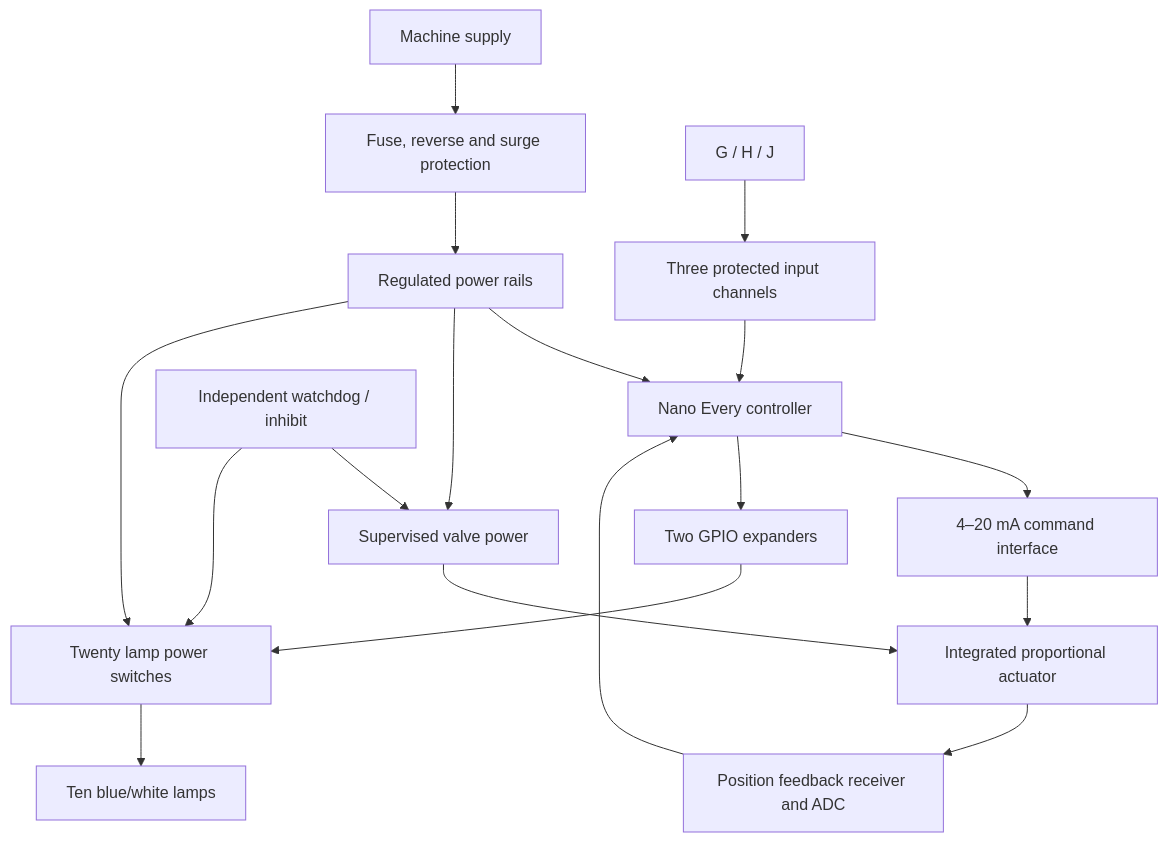
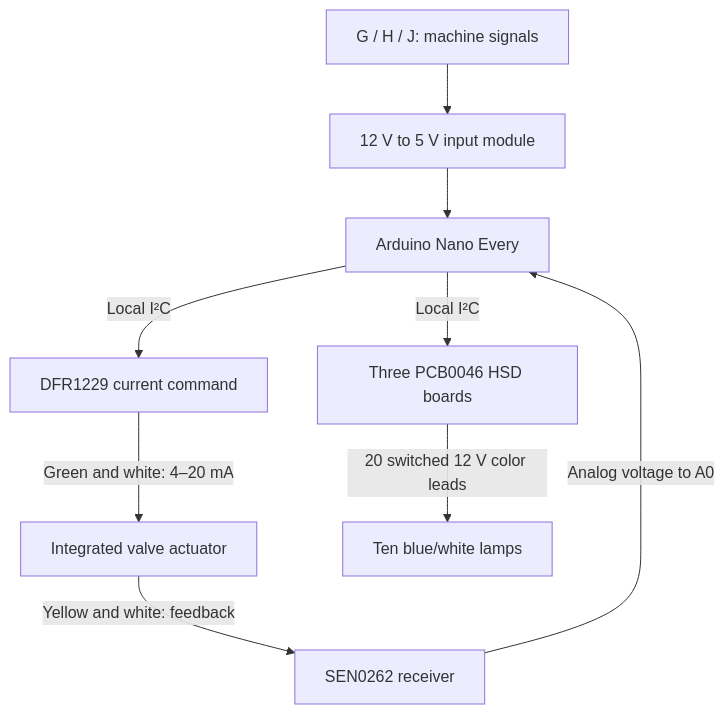
The first of 2 diagrams in docs/connections.md (aeae1/Rock-Saw-Water-Control), drawn with Mermaid before and after one commit. The commit also changed other lines of this file and 23 other files, not shown here.

````diff
--- a/docs/connections.md
+++ b/docs/connections.md
@@ -9,20 +9,11 @@
 ```mermaid
 flowchart TD
-    P["Machine supply"] --> F["Fuse, reverse and surge protection"]
-    F --> R["Regulated power rails"]
-    R --> C["Nano Every controller"]
-    R --> V["Supervised valve power"]
-    I["G / H / J"] --> Q["Three protected input channels"]
-    Q --> C
-    C --> D["4–20 mA command interface"]
-    D --> A["Integrated proportional actuator"]
-    V --> A
-    A --> B["Position feedback receiver and ADC"]
-    B --> C
-    C --> E["Two GPIO expanders"]
-    E --> L["Twenty lamp power switches"]
-    R --> L
-    L --> T["Ten blue/white lamps"]
-    W["Independent watchdog / inhibit"] --> V
-    W --> L
+    I["G / H / J: machine signals"] --> Q["12 V to 5 V input module"]
+    Q --> C["Arduino Nano Every"]
+    C -->|"Local I²C"| D["DFR1229 current command"]
+    D -->|"Green and white: 4–20 mA"| V["Integrated valve actuator"]
+    V -->|"Yellow and white: feedback"| R["SEN0262 receiver"]
+    R -->|"Analog voltage to A0"| C
+    C -->|"Local I²C"| H["Three PCB0046 HSD boards"]
+    H -->|"20 switched 12 V color leads"| L["Ten blue/white lamps"]
 ```
````
